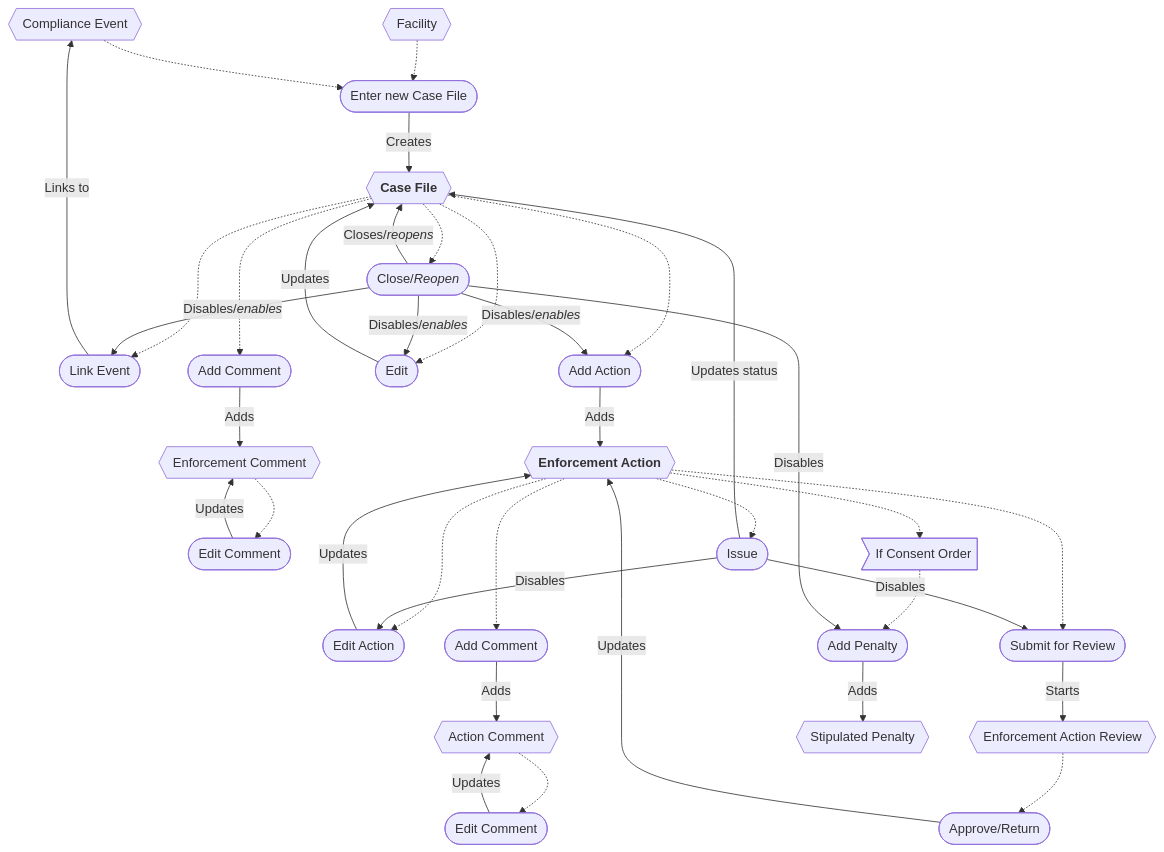
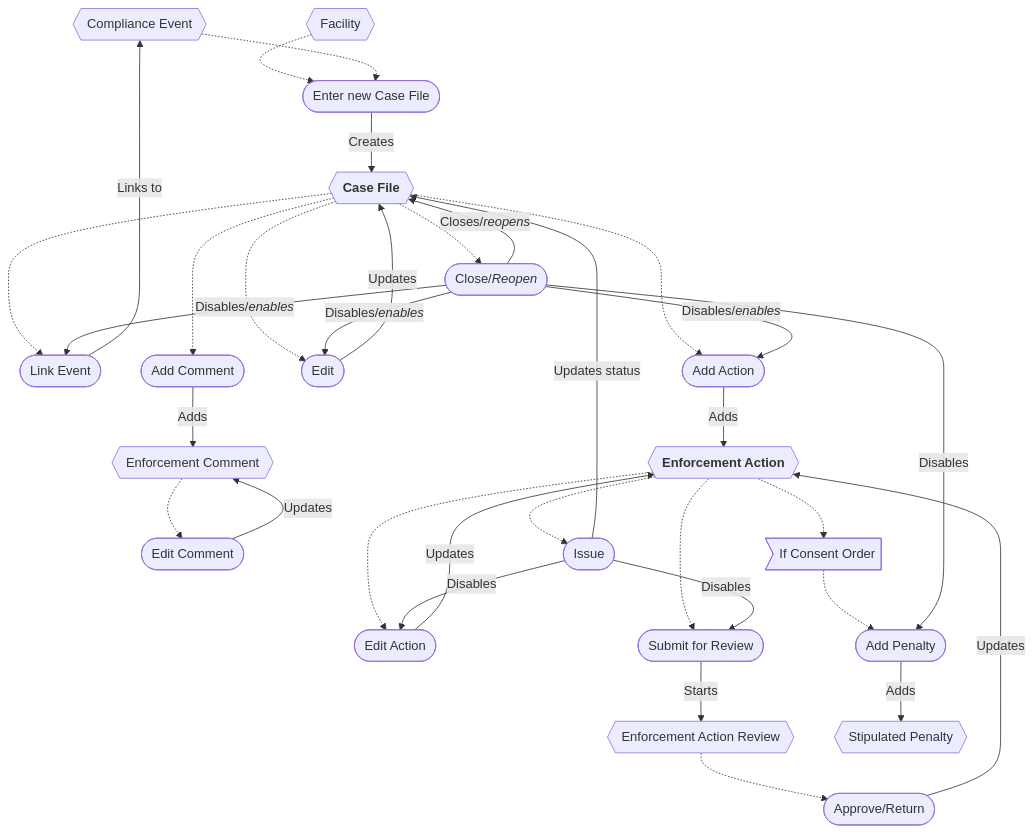
Before and after one commit to gaepdit/air-web: the diagram in docs/Workflows/Enforcement-workflow.md, drawn with Mermaid.

Commit message:
Update enforcement workflow diagram

````diff
--- a/docs/Workflows/Enforcement-workflow.md
+++ b/docs/Workflows/Enforcement-workflow.md
@@ -53,62 +53,55 @@
 ```mermaid
 flowchart
     EVT{{Compliance Event}}
     FAC{{Facility}}
     ENF{{"`**Case File**`"}}
     CTE{{Enforcement Comment}}
     ACT{{"`**Enforcement Action**`"}}
     REV{{"Enforcement Action Review"}}
-    CTA{{Action Comment}}
     STP{{Stipulated Penalty}}
     link([Link Event])
     add([Enter new Case File])
     comment([Add Comment])
     editEnf([Edit])
     addAction([Add Action])
     close(["`Close/*Reopen*`"])
     editComment([Edit Comment])
     editAction([Edit Action])
-    commentAction([Add Comment])
-    editCommentAction([Edit Comment])
     review([Submit for Review])
     respond([Approve/Return])
     issue([Issue])
     penalty([Add Penalty])
     IfCO>If Consent Order]
     FAC -.-> add
     ENF -.-> link
     EVT -.-> add
     ENF -.-> editEnf
     ENF -.-> close
     ENF -..-> comment
     ENF -.-> addAction
     CTE -.-> editComment
-    ACT -..-> commentAction
     ACT -.-> editAction
     ACT -.-> review
     ACT -.-> issue
-    CTA -.-> editCommentAction
     REV -.-> respond
     ACT -.-> IfCO -.-> penalty
     close -->|"`Disables/*enables*`"| addAction
     close -->|"`Disables/*enables*`"| editEnf
     close -->|"`Disables/*enables*`"| link
     issue -->|Disables| editAction
     issue -->|Disables| review
     add -->|Creates| ENF
     addAction -->|Adds| ACT
     close -->|"`Closes/*reopens*`"| ENF
     close -->|Disables| penalty
     comment -->|Adds| CTE
-    commentAction -->|Adds| CTA
     editAction -->|Updates| ACT
     editComment -->|Updates| CTE
-    editCommentAction -->|Updates| CTA
     editEnf -->|Updates| ENF
     issue -->|Updates status| ENF
     link -->|Links to| EVT
     penalty -->|Adds| STP
     respond -->|Updates| ACT
     review -->|Starts| REV
 
 ```
````
